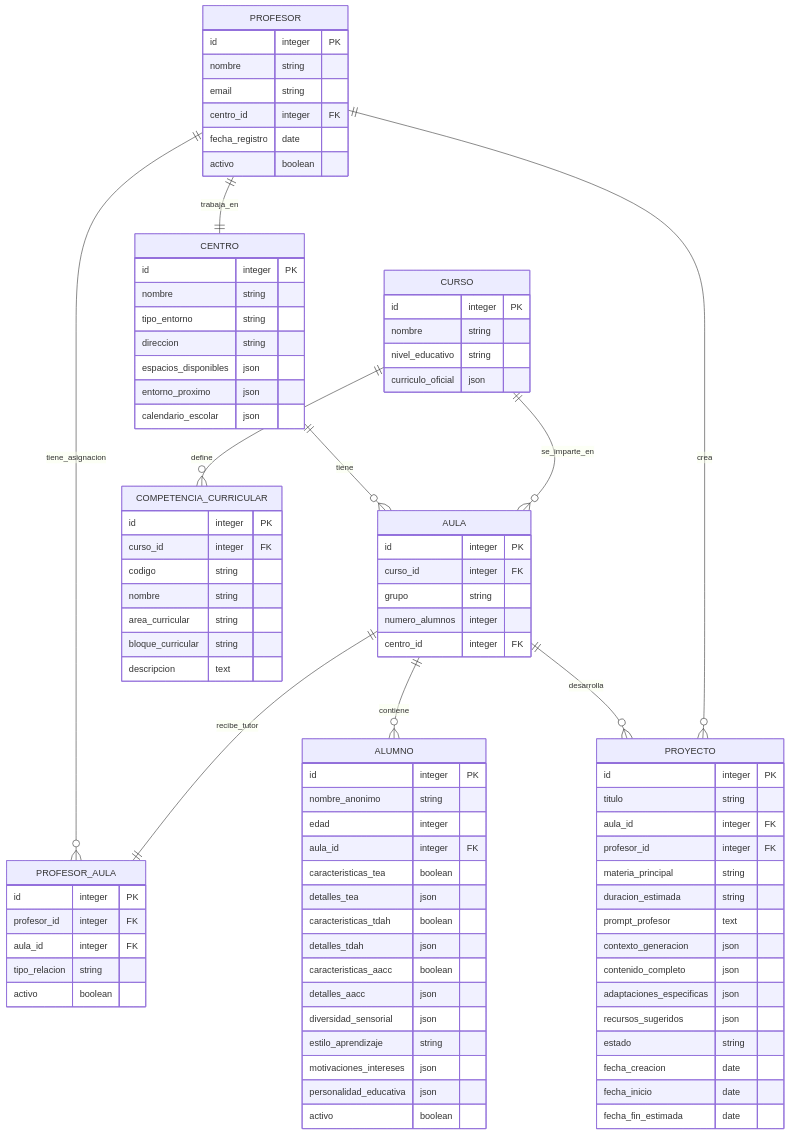
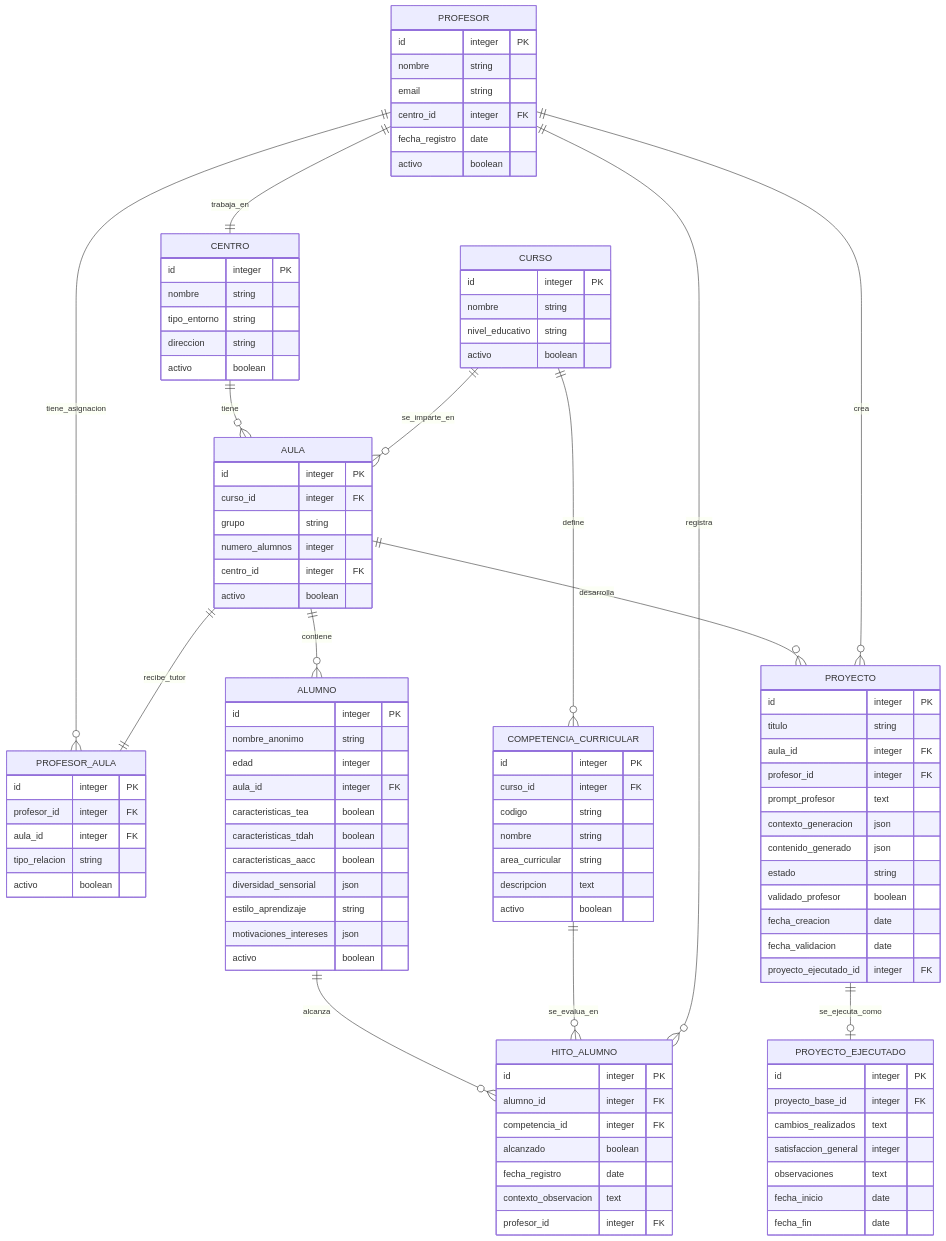
Before and after one commit to KrolinaTF/IA4Edu: the diagram in proyectia_fase1_schema.mermaid, drawn with Mermaid. The commit also changed 7 other files, not shown here.

```diff
--- a/proyectia_fase1_schema.mermaid
+++ b/proyectia_fase1_schema.mermaid
@@ -1,105 +1,123 @@
 erDiagram
     CENTRO {
         id integer PK
         nombre string
         tipo_entorno string
         direccion string
-        espacios_disponibles json
-        entorno_proximo json
-        calendario_escolar json
+        activo boolean
     }
 
     CURSO {
         id integer PK
         nombre string
         nivel_educativo string
-        curriculo_oficial json
+        activo boolean
     }
 
     AULA {
         id integer PK
         curso_id integer FK
         grupo string
         numero_alumnos integer
         centro_id integer FK
+        activo boolean
     }
 
     PROFESOR {
         id integer PK
         nombre string
         email string
         centro_id integer FK
         fecha_registro date
         activo boolean
     }
 
     PROFESOR_AULA {
         id integer PK
         profesor_id integer FK
         aula_id integer FK
         tipo_relacion string
         activo boolean
     }
 
     ALUMNO {
         id integer PK
         nombre_anonimo string
         edad integer
         aula_id integer FK
         caracteristicas_tea boolean
-        detalles_tea json
         caracteristicas_tdah boolean
-        detalles_tdah json
         caracteristicas_aacc boolean
-        detalles_aacc json
         diversidad_sensorial json
         estilo_aprendizaje string
         motivaciones_intereses json
-        personalidad_educativa json
         activo boolean
     }
 
     COMPETENCIA_CURRICULAR {
         id integer PK
         curso_id integer FK
         codigo string
         nombre string
         area_curricular string
-        bloque_curricular string
         descripcion text
+        activo boolean
+    }
+
+    HITO_ALUMNO {
+        id integer PK
+        alumno_id integer FK
+        competencia_id integer FK
+        alcanzado boolean
+        fecha_registro date
+        contexto_observacion text
+        profesor_id integer FK
     }
 
     PROYECTO {
         id integer PK
         titulo string
         aula_id integer FK
         profesor_id integer FK
-        materia_principal string
-        duracion_estimada string
         prompt_profesor text
         contexto_generacion json
-        contenido_completo json
-        adaptaciones_especificas json
-        recursos_sugeridos json
+        contenido_generado json
         estado string
+        validado_profesor boolean
         fecha_creacion date
+        fecha_validacion date
+        proyecto_ejecutado_id integer FK
+    }
+
+    PROYECTO_EJECUTADO {
+        id integer PK
+        proyecto_base_id integer FK
+        cambios_realizados text
+        satisfaccion_general integer
+        observaciones text
         fecha_inicio date
-        fecha_fin_estimada date
+        fecha_fin date
     }
 
     %% Relaciones Básicas
     CENTRO ||--o{ AULA : "tiene"
     CURSO ||--o{ AULA : "se_imparte_en"
     CURSO ||--o{ COMPETENCIA_CURRICULAR : "define"
 
     %% Relaciones Profesor
     PROFESOR ||--|| CENTRO : "trabaja_en"
     PROFESOR ||--o{ PROFESOR_AULA : "tiene_asignacion"
     AULA ||--|| PROFESOR_AULA : "recibe_tutor"
 
     %% Relaciones Aula-Alumno
     AULA ||--o{ ALUMNO : "contiene"
 
-    %% Módulo Proyectos Básico
+    %% Módulo Curricular Simple
+    ALUMNO ||--o{ HITO_ALUMNO : "alcanza"
+    COMPETENCIA_CURRICULAR ||--o{ HITO_ALUMNO : "se_evalua_en"
+    PROFESOR ||--o{ HITO_ALUMNO : "registra"
+
+    %% Módulo Proyectos Simple
     AULA ||--o{ PROYECTO : "desarrolla"
     PROFESOR ||--o{ PROYECTO : "crea"
+    PROYECTO ||--o| PROYECTO_EJECUTADO : "se_ejecuta_como"
```
